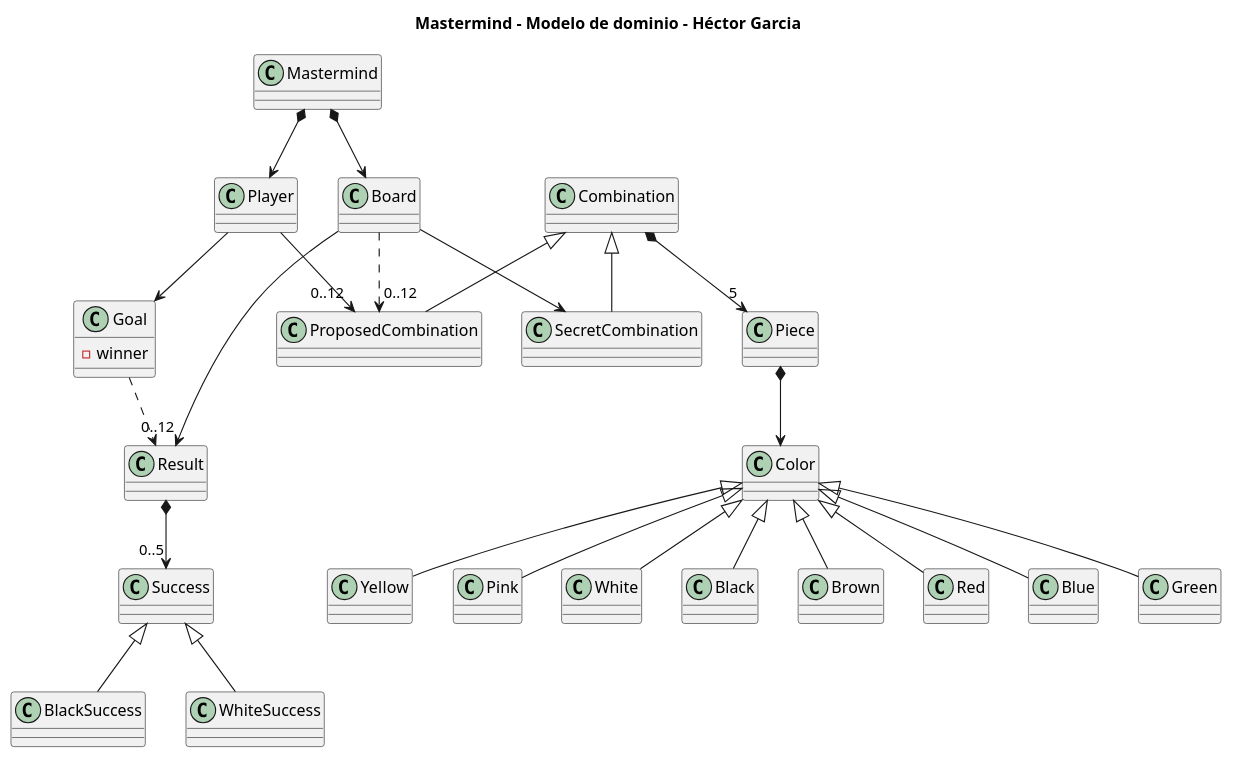
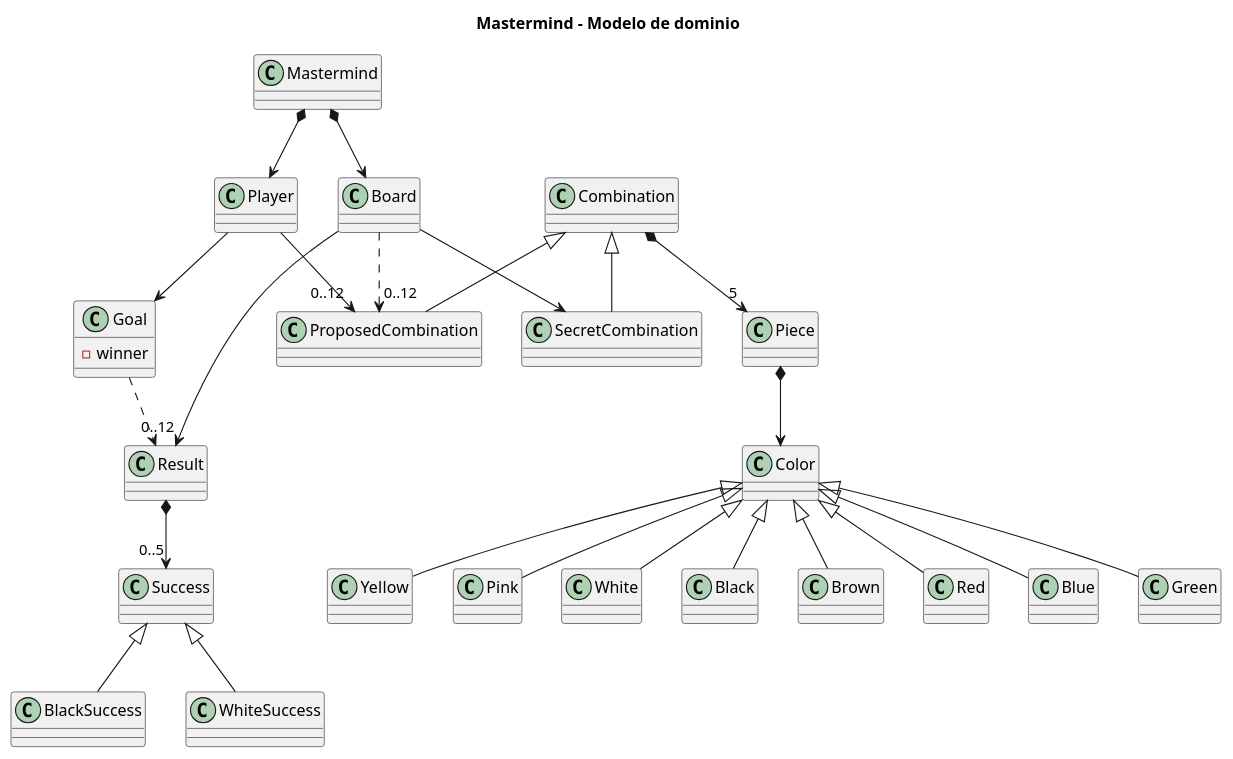
The diagram in uml/modelo-dominio.plantuml (Master-Desarrollo-20-21/ejercicio-2-modelo-de-dominio-mastermind-menthil), drawn with PlantUML before and after one commit. The commit also changed 7 other files, not shown here.

```diff
--- a/uml/modelo-dominio.plantuml
+++ b/uml/modelo-dominio.plantuml
@@ -1,71 +1,71 @@
 @startuml
 
-title Mastermind - Modelo de dominio - Héctor Garcia
+title Mastermind - Modelo de dominio
 
 class Mastermind
 
 class Player
 class Board 
 
 Class Goal {
     -winner
 }
 
 Class Combination
 Class SecretCombination
 Class ProposedCombination
 
 Class Piece
 
 Class Color
 
 Class Red
 Class Blue
 Class Green
 Class Yellow
 Class Pink
 Class White
 Class Black
 Class Brown
 
 Class Result
 
 Class Success
 
 Class BlackSuccess
 Class WhiteSuccess
 
 Mastermind *--> Player
 Mastermind *--> Board
 
 Player --> Goal
 Player --> "0..12" ProposedCombination
 
 Board --> SecretCombination
 Board --> "0..12" Result
 Board ..> "0..12" ProposedCombination
 
 Goal ..> Result
 
 Combination <|-- SecretCombination
 Combination <|-- ProposedCombination
 
 Combination *--> "5" Piece
 
 Piece *--> Color
 
 Color<|-- Red
 Color<|-- Blue
 Color<|-- Green
 Color<|-- Yellow
 Color<|-- Pink
 Color<|-- White
 Color<|-- Black
 Color<|-- Brown
 
 Result *--> "0..5" Success
 
 Success <|-- BlackSuccess
 Success <|-- WhiteSuccess
 
 @enduml
```
